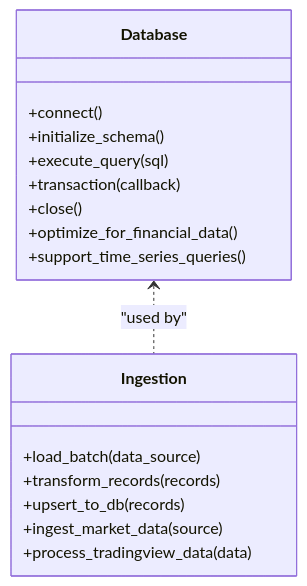
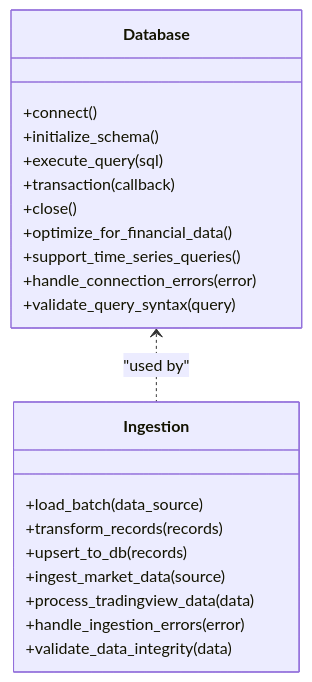
One commit to ZengSeng/telegram-bot changed the eighth of 12 diagrams in .qoder/repowiki/en/content/Core Components/Analysis Framework.md. Above: the diagram before and after it, drawn with Mermaid. The commit also changed other lines of this file and 9 other files, not shown here.

````diff
--- a/.qoder/repowiki/en/content/Core Components/Analysis Framework.md
+++ b/.qoder/repowiki/en/content/Core Components/Analysis Framework.md
@@ -368,20 +405,24 @@
 ```mermaid
 classDiagram
 class Database {
 +connect()
 +initialize_schema()
 +execute_query(sql)
 +transaction(callback)
 +close()
 +optimize_for_financial_data()
 +support_time_series_queries()
++handle_connection_errors(error)
++validate_query_syntax(query)
 }
 class Ingestion {
 +load_batch(data_source)
 +transform_records(records)
 +upsert_to_db(records)
 +ingest_market_data(source)
 +process_tradingview_data(data)
++handle_ingestion_errors(error)
++validate_data_integrity(data)
 }
 Database <.. Ingestion : "used by"
 ```
````
